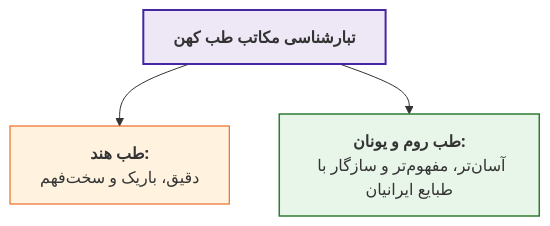
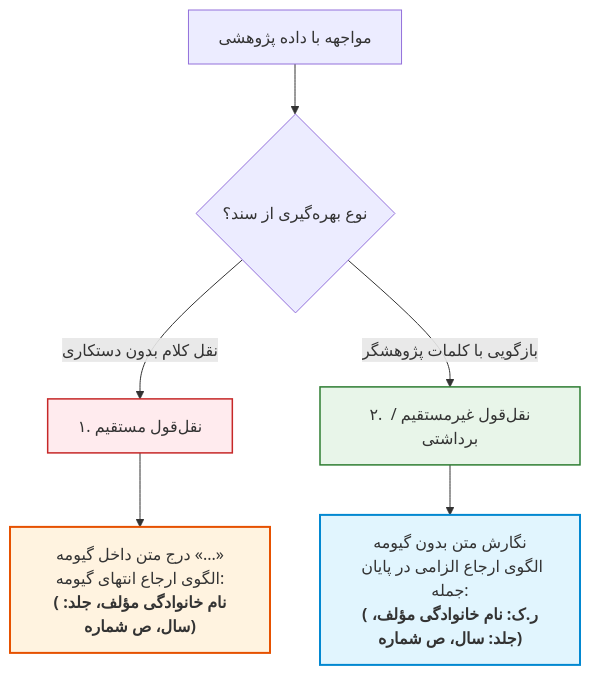
Diagram 18 of 37 in 05/ادبیات/جامع بخش 1.md (neopulse-hub/TUMS-1402-1-neo), drawn with Mermaid before and after one commit. The commit also changed other lines of this file, not shown here.

````diff
--- a/05/ادبیات/جامع بخش 1.md
+++ b/05/ادبیات/جامع بخش 1.md
@@ -549,10 +689,15 @@
 ```mermaid
 flowchart TD
-    Origin["<b>تبارشناسی مکاتب طب کهن</b>"]
-    Origin --> India["<b>طب هند:</b><br>دقیق، باریک و سخت‌فهم"]
-    Origin --> Rome["<b>طب روم و یونان:</b><br>آسان‌تر، مفهوم‌تر و سازگار با طبایع ایرانیان"]
+    Input[مواجهه با داده پژوهشی] --> Type{نوع بهره‌گیری از سند؟}
+    
+    Type -->|نقل کلام بدون دستکاری| Direct[۱. نقل‌قول مستقیم]
+    Type -->|بازگویی با کلمات پژوهشگر| Indirect[۲. نقل‌قول غیرمستقیم / برداشتی]
 
-    style Origin fill:#ede7f6,stroke:#4527a0,stroke-width:2px;
-    style India fill:#fff3e0,stroke:#e65100,stroke-width:1px;
-    style Rome fill:#e8f5e9,stroke:#2e7d32,stroke-width:1.5px;
+    Direct --> Form1["درج متن داخل گیومه «...»<br>الگوی ارجاع انتهای گیومه:<br><b>(نام خانوادگی مؤلف، جلد: سال، ص شماره)</b>"]
+    Indirect --> Form2["نگارش متن بدون گیومه<br>الگوی ارجاع الزامی در پایان جمله:<br><b>(ر.ک: نام خانوادگی مؤلف، جلد: سال، ص شماره)</b>"]
+
+    style Direct fill:#ffebee,stroke:#c62828,stroke-width:1.5px;
+    style Indirect fill:#e8f5e9,stroke:#2e7d32,stroke-width:1.5px;
+    style Form1 fill:#fff3e0,stroke:#e65100,stroke-width:2px;
+    style Form2 fill:#e1f5fe,stroke:#0288d1,stroke-width:2px;
 ```
````
